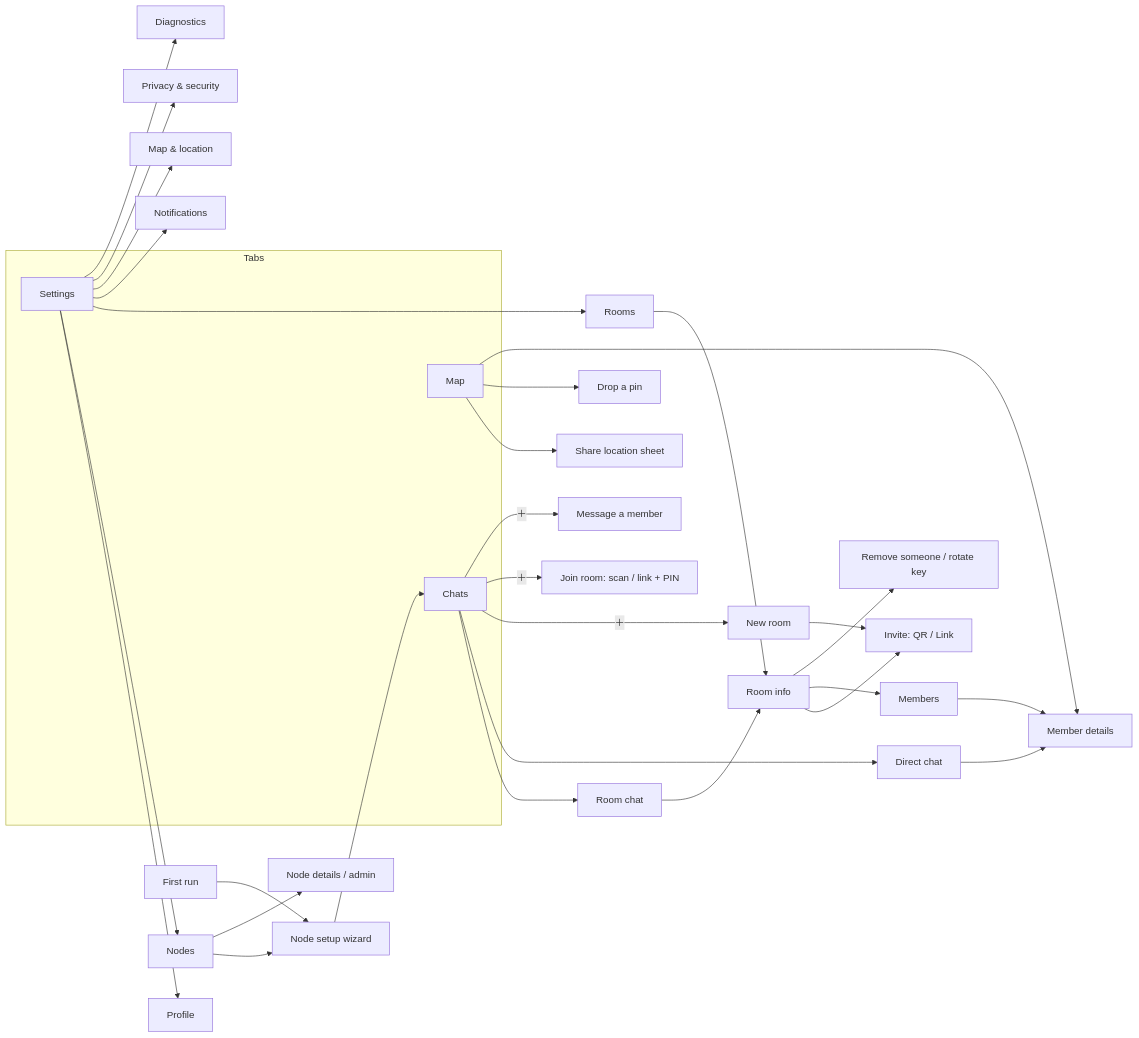
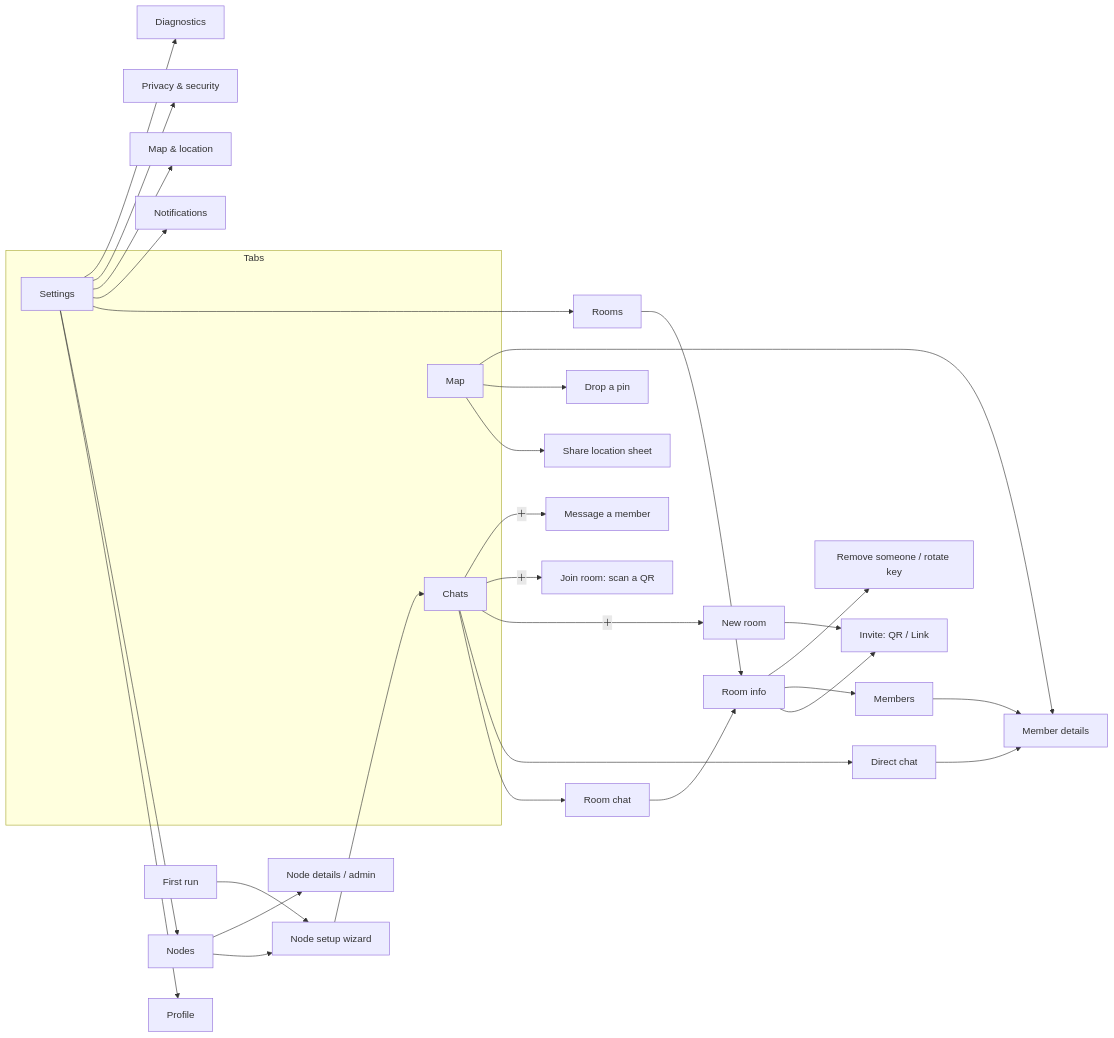
Before and after one commit to sarmadjari/Firepit: the first of 4 diagrams in docs/meshchat-ux-design.md, drawn with Mermaid. The commit also changed other lines of this file and 4 other files, not shown here.

````diff
--- a/docs/meshchat-ux-design.md
+++ b/docs/meshchat-ux-design.md
@@ -63,28 +63,28 @@
 ```mermaid
 flowchart LR
   subgraph Tabs
     C[Chats]
     M[Map]
     S[Settings]
   end
   C --> RC[Room chat] --> RI[Room info]
   C --> DC[Direct chat] --> MD[Member details]
   C -->|＋| NR[New room] --> INV[Invite: QR / Link]
-  C -->|＋| JR[Join room: scan / link + PIN]
+  C -->|＋| JR[Join room: scan a QR]
   C -->|＋| NM[Message a member]
   RI --> INV
   RI --> MEM[Members] --> MD
   RI --> ROT[Remove someone / rotate key]
   M --> SL[Share location sheet]
   M --> PIN[Drop a pin]
   M --> MD
   S --> P[Profile]
   S --> N[Nodes] --> NS[Node setup wizard]
   N --> ND[Node details / admin]
   S --> R[Rooms] --> RI
   S --> NO[Notifications]
   S --> MAPS[Map & location]
   S --> PRIV[Privacy & security]
   S --> DIAG[Diagnostics]
   FR[First run] --> NS --> C
 ```
````
